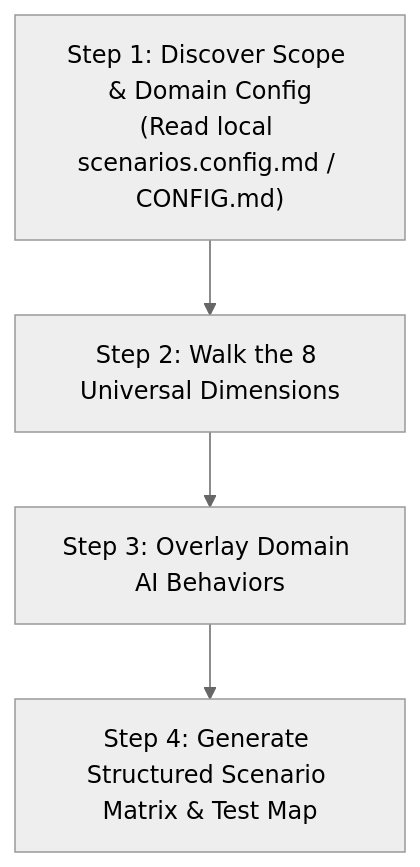
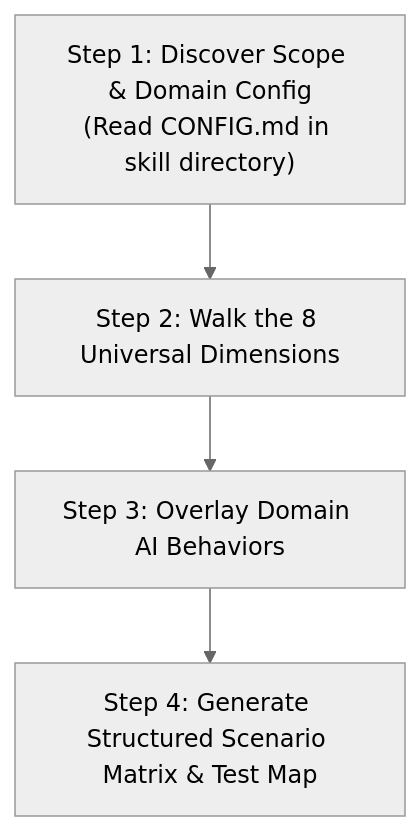
One commit to yoyothesheep/claude-skills changed the diagram in product-scenarios/SKILL.md. Above: the diagram before and after it, drawn with Mermaid (neutral theme). The commit also changed other lines of this file and 1 other file, not shown here.

Commit message:
Update product-scenarios to point to local skill CONFIG.md following skill template

````diff
--- a/product-scenarios/SKILL.md
+++ b/product-scenarios/SKILL.md
@@ -20,7 +21,7 @@
 ```mermaid
 flowchart TD
     Step1["Step 1: Discover Scope & Domain Config
-(Read local scenarios.config.md / CONFIG.md)"] --> Step2["Step 2: Walk the 8 Universal Dimensions"]
+(Read CONFIG.md in skill directory)"] --> Step2["Step 2: Walk the 8 Universal Dimensions"]
     Step2 --> Step3["Step 3: Overlay Domain AI Behaviors"]
     Step3 --> Step4["Step 4: Generate Structured Scenario Matrix & Test Map"]
 ```
````
